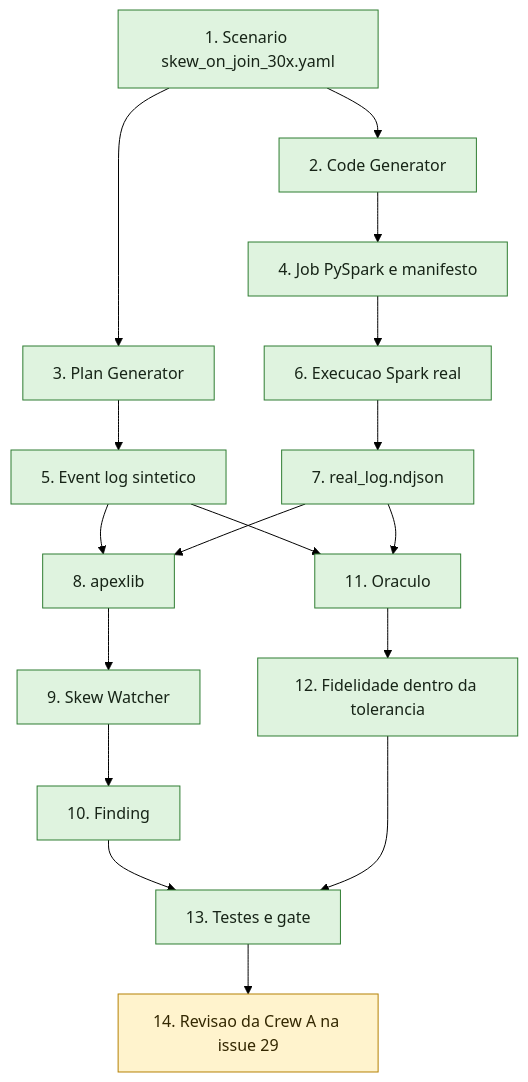
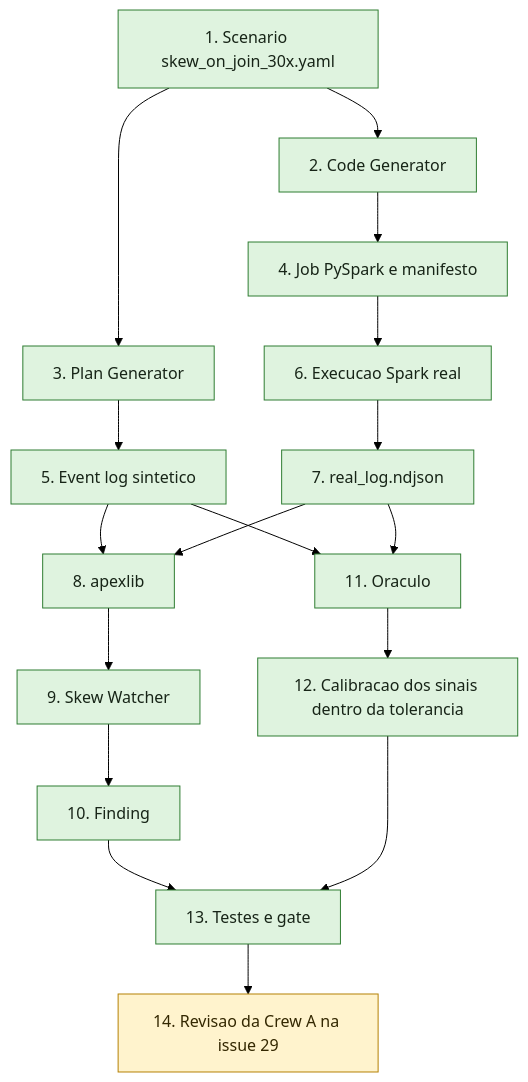
One commit to luanmorenommaciel/apex changed the third of 8 diagrams in docs/architecture/apex-solution-drilldown.md. Above: the diagram before and after it, drawn with Mermaid (forest theme). The commit also changed other lines of this file and 15 other files, not shown here.

````diff
--- a/docs/architecture/apex-solution-drilldown.md
+++ b/docs/architecture/apex-solution-drilldown.md
@@ -140,27 +152,27 @@
 ```mermaid
 flowchart TD
     S["1. Scenario skew_on_join_30x.yaml"] --> CG["2. Code Generator"]
     S --> PG["3. Plan Generator"]
     CG --> JOB["4. Job PySpark e manifesto"]
     PG --> SYN["5. Event log sintetico"]
     JOB --> RUN["6. Execucao Spark real"]
     RUN --> REAL["7. real_log.ndjson"]
 
     SYN --> LIB["8. apexlib"]
     REAL --> LIB
     LIB --> W["9. Skew Watcher"]
     W --> F["10. Finding"]
 
     SYN --> O["11. Oraculo"]
     REAL --> O
-    O --> RESULT["12. Fidelidade dentro da tolerancia"]
+    O --> RESULT["12. Calibracao dos sinais dentro da tolerancia"]
 
     F --> TEST["13. Testes e gate"]
     RESULT --> TEST
     TEST --> REVIEW["14. Revisao da Crew A na issue 29"]
 
     classDef validated fill:#dff3df,stroke:#2f7d32,color:#172417
     classDef review fill:#fff3cd,stroke:#b58105,color:#332701
     class S,CG,PG,JOB,SYN,RUN,REAL,LIB,W,F,O,RESULT,TEST validated
     class REVIEW review
 ```
````
